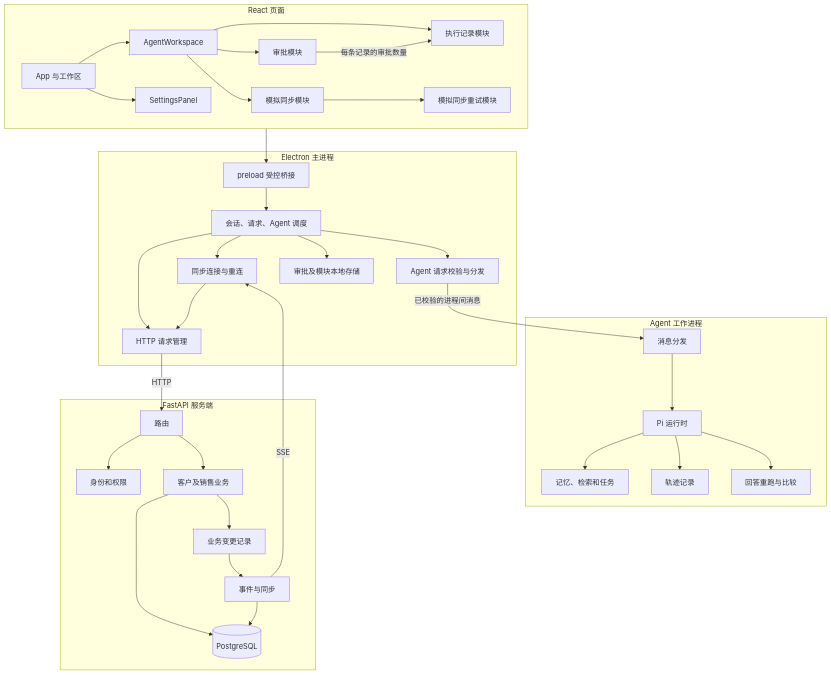
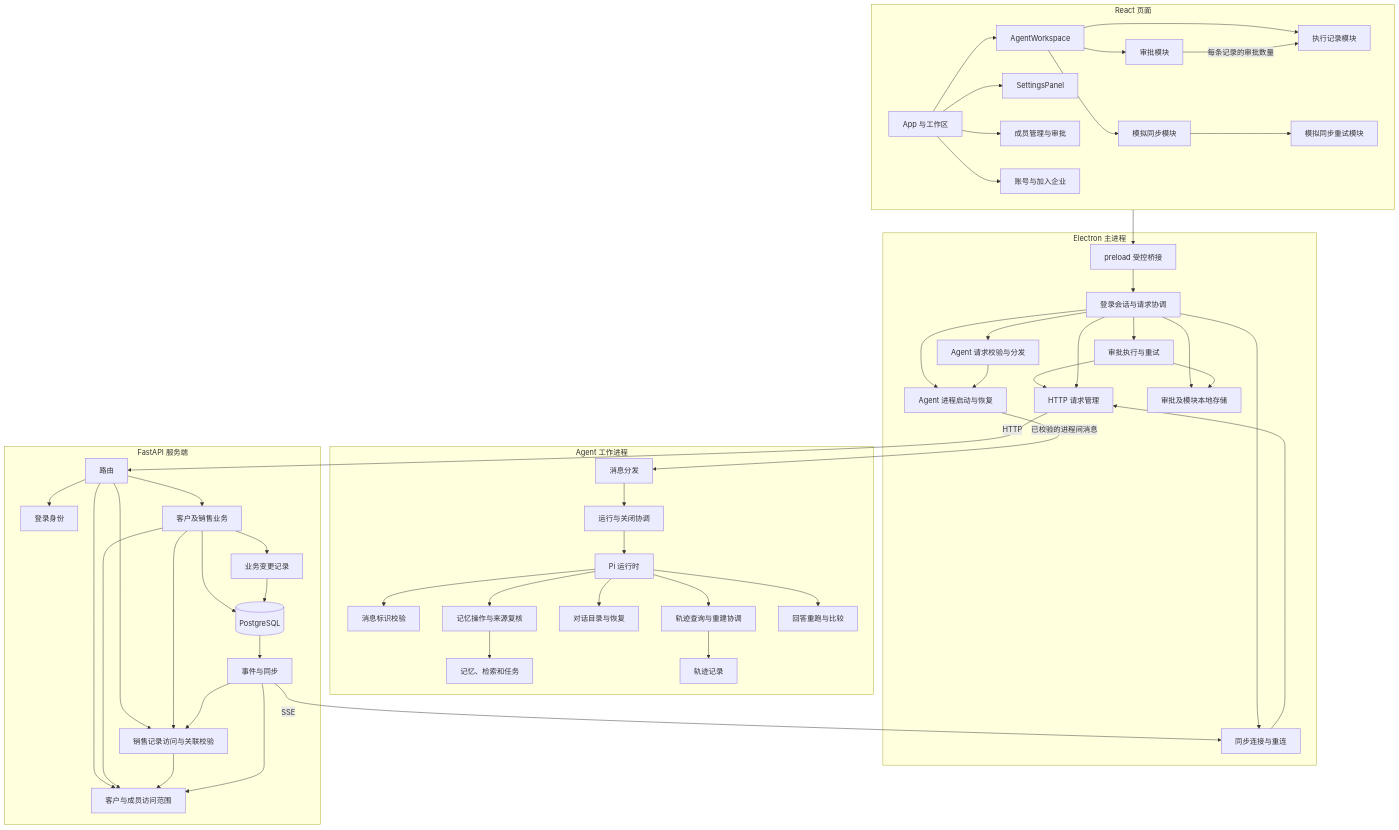
Before and after one commit to qq666666qq/crm: the second of 2 diagrams in docs/architecture-and-refactoring.md, drawn with Mermaid. The commit also changed other lines of this file and 42 other files, not shown here.

````diff
--- a/docs/architecture-and-refactoring.md
+++ b/docs/architecture-and-refactoring.md
@@ -42,12 +50,16 @@
     app[App 与工作区]
     agent[AgentWorkspace]
     settings[SettingsPanel]
+    members[成员管理与审批]
+    account[账号与加入企业]
     approval[审批模块]
     traces[执行记录模块]
     mock[模拟同步模块]
     runner[模拟同步重试模块]
     app --> agent
     app --> settings
+    app --> members
+    app --> account
     agent --> approval
     agent --> traces
     agent --> mock
@@ -56,42 +68,66 @@
   end
   subgraph desktop[Electron 主进程]
     bridge[preload 受控桥接]
-    host[会话、请求、Agent 调度]
+    host[登录会话与请求协调]
+    agentHost[Agent 进程启动与恢复]
     actions[Agent 请求校验与分发]
+    approvalExec[审批执行与重试]
     stream[同步连接与重连]
     transport[HTTP 请求管理]
     local[审批及模块本地存储]
     bridge --> host --> local
     host --> actions
+    host --> agentHost
+    actions --> agentHost
+    host --> approvalExec
+    approvalExec --> local
+    approvalExec --> transport
     host --> stream
     host --> transport
     stream --> transport
   end
   subgraph agentprocess[Agent 工作进程]
     worker[消息分发]
+    runs[运行与关闭协调]
+    requests[消息标识校验]
     pi[Pi 运行时]
+    memoryApi[记忆操作与来源复核]
     memory[记忆、检索和任务]
+    conversations[对话目录与恢复]
+    traceApi[轨迹查询与重建协调]
     telemetry[轨迹记录]
     evolution[回答重跑与比较]
-    worker --> pi
-    pi --> memory
-    pi --> telemetry
+    worker --> runs --> pi
+    pi --> requests
+    pi --> memoryApi --> memory
+    pi --> conversations
+    pi --> traceApi --> telemetry
     pi --> evolution
   end
   subgraph server[FastAPI 服务端]
     routes[路由]
-    identity[身份和权限]
+    identity[登录身份]
+    access[客户与成员访问范围]
+    salesAccess[销售记录访问与关联校验]
     domain[客户及销售业务]
     journal[业务变更记录]
     sync[事件与同步]
     db[(PostgreSQL)]
     routes --> identity
+    routes --> access
+    routes --> salesAccess
     routes --> domain
+    domain --> access
+    domain --> salesAccess
+    salesAccess --> access
     domain --> db
-    domain --> journal --> sync --> db
+    domain --> journal --> db
+    db --> sync
+    sync --> access
+    sync --> salesAccess
   end
   frontend --> bridge
-  actions -->|已校验的进程间消息| worker
+  agentHost -->|已校验的进程间消息| worker
   transport -->|HTTP| routes
   sync -->|SSE| stream
 ```
````
